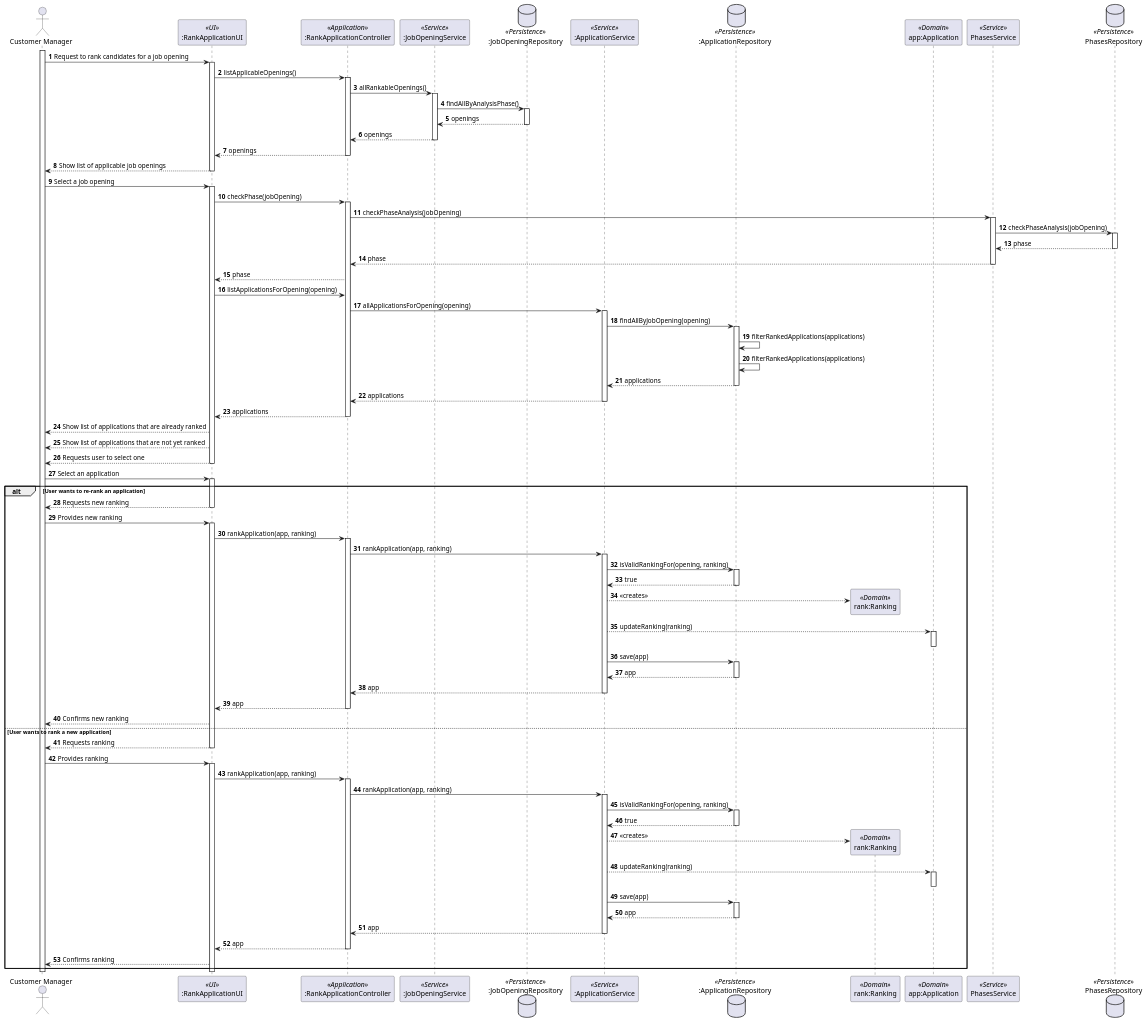
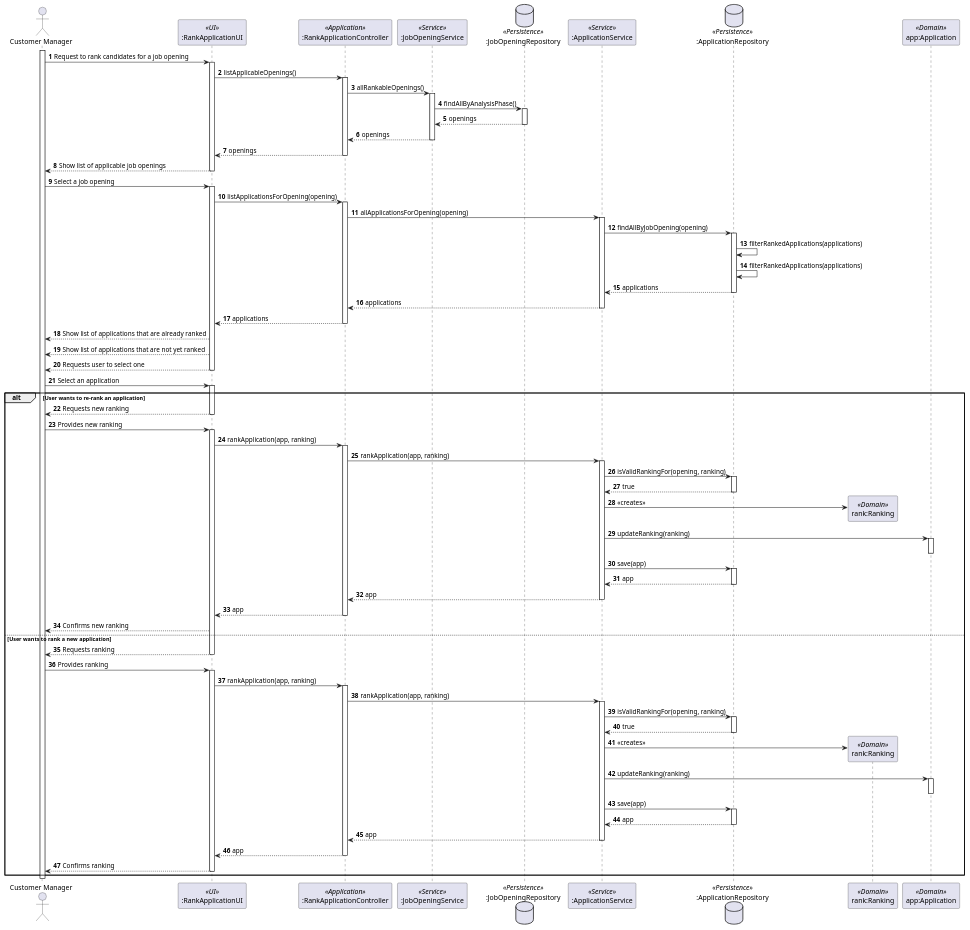
One commit to marcoferreira37/Lapr4 changed the diagram in docs/sprintC/1013/1013-sequence-diagram.puml. Above: the diagram before and after it, drawn with PlantUML. The commit also changed 4 other files, not shown here.

```diff
--- a/docs/sprintC/1013/1013-sequence-diagram.puml
+++ b/docs/sprintC/1013/1013-sequence-diagram.puml
@@ -1,148 +1,129 @@
 @startuml
 
 actor "Customer Manager" as Agent
 participant ":RankApplicationUI" as ui <<UI>>
 participant ":RankApplicationController" as ctrl <<Application>>
 participant ":JobOpeningService" as jobServ <<Service>>
 database ":JobOpeningRepository" as jobRepo <<Persistence>>
 participant ":ApplicationService" as appServ <<Service>>
 database ":ApplicationRepository" as appRepo <<Persistence>>
 participant "rank:Ranking" as rank <<Domain>>
 participant "app:Application" as app <<Domain>>
-participant "PhasesService" as PhasesService <<Service>>
-database  "PhasesRepository" as PhasesRepository <<Persistence>>
 
 autonumber
 
 activate Agent
 
 Agent -> ui: Request to rank candidates for a job opening
 activate ui
 ui -> ctrl: listApplicableOpenings()
 activate ctrl
 ctrl -> jobServ: allRankableOpenings()
 activate jobServ
 jobServ -> jobRepo: findAllByAnalysisPhase()
 activate jobRepo
 jobRepo --> jobServ: openings
 deactivate
 jobServ --> ctrl: openings
 deactivate
 ctrl --> ui: openings
 deactivate
 ui --> Agent: Show list of applicable job openings
 deactivate
 Agent -> ui : Select a job opening
 activate ui
 
-ui -> ctrl : checkPhase(jobOpening)
+
+
+ui -> ctrl: listApplicationsForOpening(opening)
 
 activate ctrl
 
-
-ctrl -> PhasesService : checkPhaseAnalysis(jobOpening)
-
-
-
-activate PhasesService
-
-PhasesService -> PhasesRepository : checkPhaseAnalysis(jobOpening)
-
-activate PhasesRepository
-
-PhasesRepository --> PhasesService : phase
-
-deactivate
-
-PhasesService --> ctrl : phase
-
-deactivate
-
-ctrl --> ui : phase
-ui -> ctrl: listApplicationsForOpening(opening)
 ctrl -> appServ: allApplicationsForOpening(opening)
 
 
 
 
 activate appServ
 appServ -> appRepo: findAllByJobOpening(opening)
 activate appRepo
 appRepo -> appRepo : filterRankedApplications(applications)
 appRepo -> appRepo : filterRankedApplications(applications)
-
 appRepo --> appServ: applications
 deactivate
+
 appServ --> ctrl: applications
 deactivate
+
 ctrl --> ui: applications
 deactivate
 
 ui --> Agent : Show list of applications that are already ranked
 ui --> Agent : Show list of applications that are not yet ranked
 ui --> Agent : Requests user to select one
 deactivate
 Agent -> ui : Select an application
 activate ui
 alt User wants to re-rank an application
 ui --> Agent : Requests new ranking
 deactivate
 Agent -> ui : Provides new ranking
 activate ui
 ui -> ctrl : rankApplication(app, ranking)
 activate ctrl
 ctrl -> appServ : rankApplication(app, ranking)
 activate appServ
 appServ -> appRepo : isValidRankingFor(opening, ranking)
 activate appRepo
 appRepo --> appServ : true
 deactivate
-appServ --> rank** : «creates»
-appServ --> app : updateRanking(ranking)
+appServ -> rank** : «creates»
+appServ -> app : updateRanking(ranking)
 activate app
 deactivate
 
 appServ -> appRepo : save(app)
 activate appRepo
 appRepo --> appServ : app
 deactivate
 appServ --> ctrl : app
 deactivate
 ctrl --> ui : app
 deactivate
 ui --> Agent  : Confirms new ranking
 
 else User wants to rank a new application
 ui --> Agent : Requests ranking
 deactivate
 Agent -> ui : Provides ranking
 activate ui
 ui -> ctrl : rankApplication(app, ranking)
 activate ctrl
 ctrl -> appServ : rankApplication(app, ranking)
 activate appServ
 appServ -> appRepo : isValidRankingFor(opening, ranking)
 activate appRepo
 appRepo --> appServ : true
 deactivate
-appServ --> rank** : «creates»
-appServ --> app : updateRanking(ranking)
+appServ -> rank** : «creates»
+appServ -> app : updateRanking(ranking)
 activate app
 deactivate
 
 appServ -> appRepo : save(app)
 activate appRepo
 appRepo --> appServ : app
 deactivate
 appServ --> ctrl : app
 deactivate
 ctrl --> ui : app
 deactivate
 ui --> Agent  : Confirms ranking
+deactivate ui
+
 end alt
-deactivate ui
 deactivate Agent
 
 
 
 @enduml
```
